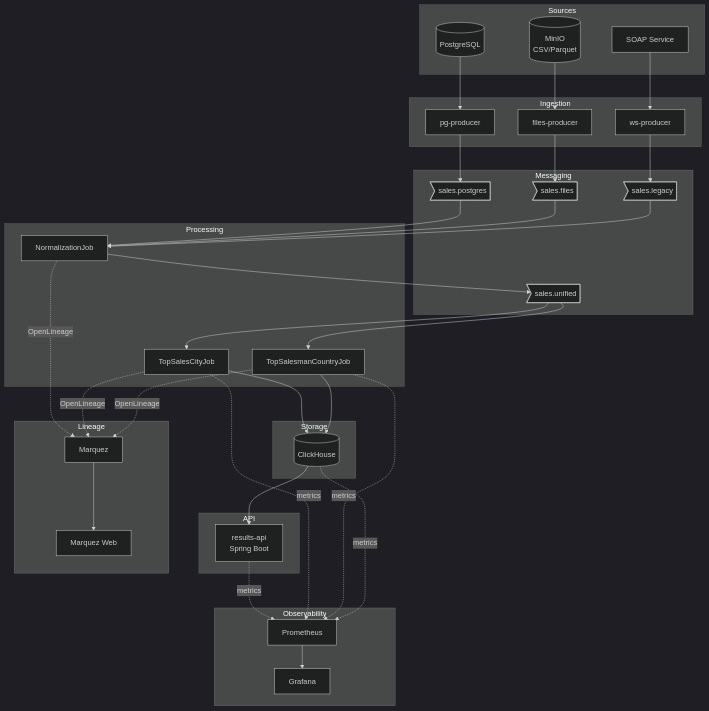
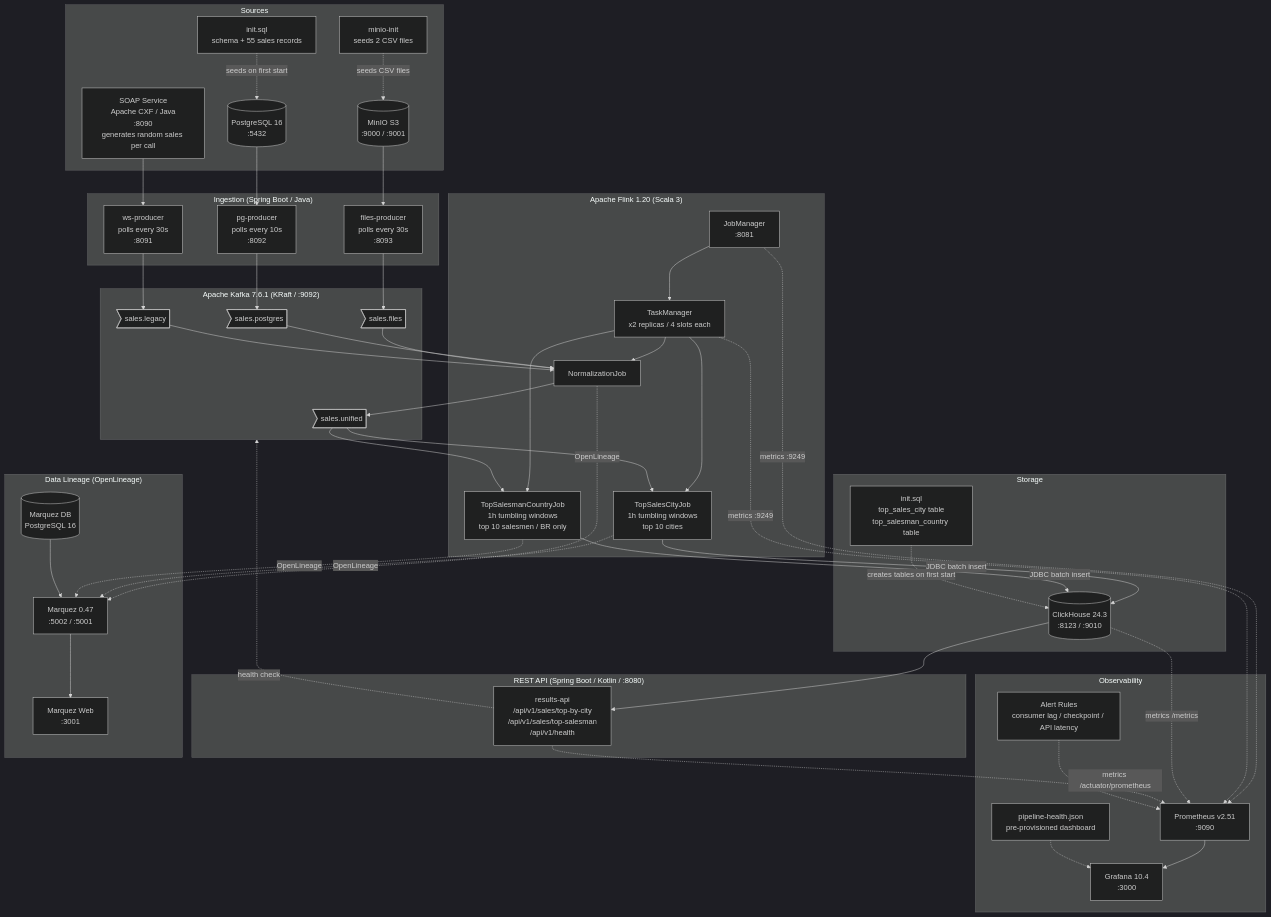
One commit to machado-vitor/data-kata changed the diagram in ARCHITECTURE.md. Above: the diagram before and after it, drawn with Mermaid (dark theme).

Commit message:
completed diagram

````diff
--- a/ARCHITECTURE.md
+++ b/ARCHITECTURE.md
@@ -3,56 +3,75 @@
 ```mermaid
 graph TB
     subgraph Sources
-        PG[(PostgreSQL)]
-        MINIO[(MinIO<br/>CSV/Parquet)]
-        SOAP[SOAP Service]
+        PG[(PostgreSQL 16<br/>:5432)]
+        PG_INIT[init.sql<br/>schema + 55 sales records]
+        MINIO[(MinIO S3<br/>:9000 / :9001)]
+        MINIO_INIT[minio-init<br/>seeds 2 CSV files]
+        SOAP[SOAP Service<br/>Apache CXF / Java<br/>:8090<br/>generates random sales per call]
     end
 
-    subgraph Ingestion
-        PGP[pg-producer]
-        FP[files-producer]
-        WSP[ws-producer]
+    subgraph Ingestion ["Ingestion (Spring Boot / Java)"]
+        PGP[pg-producer<br/>polls every 10s<br/>:8092]
+        FP[files-producer<br/>polls every 30s<br/>:8093]
+        WSP[ws-producer<br/>polls every 30s<br/>:8091]
     end
 
-    subgraph Messaging
+    subgraph Kafka ["Apache Kafka 7.6.1 (KRaft / :9092)"]
         KT1>sales.postgres]
         KT2>sales.files]
         KT3>sales.legacy]
         KT4>sales.unified]
     end
 
-    subgraph Processing
+    subgraph Flink ["Apache Flink 1.20 (Scala 3)"]
+        JM[JobManager<br/>:8081]
+        TM[TaskManager<br/>x2 replicas / 4 slots each]
         NJ[NormalizationJob]
-        TSC[TopSalesCityJob]
-        TSCN[TopSalesmanCountryJob]
+        TSC[TopSalesCityJob<br/>1h tumbling windows<br/>top 10 cities]
+        TSCN[TopSalesmanCountryJob<br/>1h tumbling windows<br/>top 10 salesmen / BR only]
+        JM --> TM
+        TM --> NJ
+        TM --> TSC
+        TM --> TSCN
     end
 
     subgraph Storage
-        CH[(ClickHouse)]
+        CH[(ClickHouse 24.3<br/>:8123 / :9010)]
+        CH_INIT[init.sql<br/>top_sales_city table<br/>top_salesman_country table]
     end
 
-    subgraph API
-        REST[results-api<br/>Spring Boot]
+    subgraph API ["REST API (Spring Boot / Kotlin / :8080)"]
+        REST[results-api<br/>/api/v1/sales/top-by-city<br/>/api/v1/sales/top-salesman<br/>/api/v1/health]
     end
 
     subgraph Observability
-        PROM[Prometheus]
-        GRAF[Grafana]
+        PROM[Prometheus v2.51<br/>:9090]
+        GRAF[Grafana 10.4<br/>:3000]
+        ALERTS[Alert Rules<br/>consumer lag / checkpoint / API latency]
+        DASH[pipeline-health.json<br/>pre-provisioned dashboard]
     end
 
-    subgraph Lineage
-        MRQ[Marquez]
-        MRQW[Marquez Web]
+    subgraph Lineage ["Data Lineage (OpenLineage)"]
+        MRQ_DB[(Marquez DB<br/>PostgreSQL 16)]
+        MRQ[Marquez 0.47<br/>:5002 / :5001]
+        MRQW[Marquez Web<br/>:3001]
     end
 
+    %% Source seeding
+    PG_INIT -.->|seeds on first start| PG
+    MINIO_INIT -.->|seeds CSV files| MINIO
+
+    %% Source to Ingestion
     PG --> PGP
     MINIO --> FP
     SOAP --> WSP
 
+    %% Ingestion to Kafka
     PGP --> KT1
     FP --> KT2
     WSP --> KT3
 
+    %% Kafka to Flink Processing
     KT1 --> NJ
     KT2 --> NJ
     KT3 --> NJ
@@ -61,19 +80,28 @@
     KT4 --> TSC
     KT4 --> TSCN
 
-    TSC --> CH
-    TSCN --> CH
+    %% Flink to ClickHouse
+    TSC -->|JDBC batch insert| CH
+    TSCN -->|JDBC batch insert| CH
+    CH_INIT -.->|creates tables on first start| CH
 
+    %% ClickHouse to API
     CH --> REST
+    REST -.->|health check| Kafka
 
+    %% Lineage
     NJ -.->|OpenLineage| MRQ
     TSC -.->|OpenLineage| MRQ
     TSCN -.->|OpenLineage| MRQ
+    MRQ_DB --> MRQ
     MRQ --> MRQW
 
-    REST -.->|metrics| PROM
-    TSC -.->|metrics| PROM
-    TSCN -.->|metrics| PROM
-    CH -.->|metrics| PROM
+    %% Observability
+    JM -.->|metrics :9249| PROM
+    TM -.->|metrics :9249| PROM
+    CH -.->|metrics /metrics| PROM
+    REST -.->|metrics /actuator/prometheus| PROM
+    ALERTS -.-> PROM
     PROM --> GRAF
+    DASH -.-> GRAF
 ```
````
